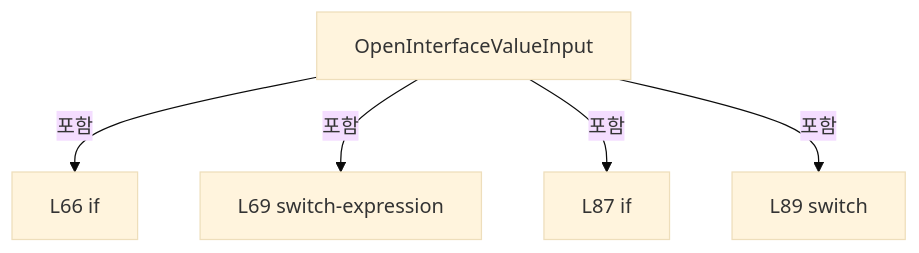
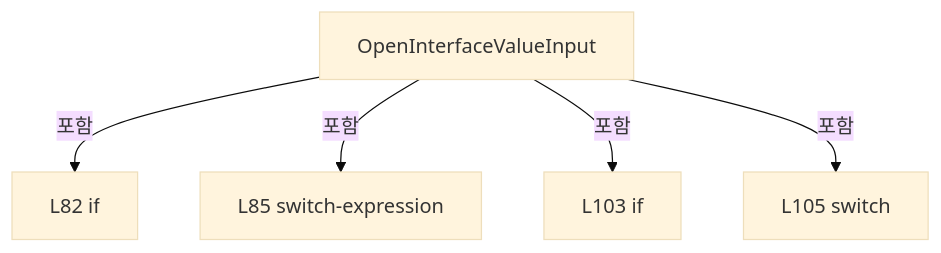
One commit to kjuws10-rgb/Shared changed the third of 3 diagrams in A3 LD Code Ref/files/Drilling.UI/Views/CSettingView.xaml.cs.md. Above: the diagram before and after it, drawn with Mermaid (base theme). The commit also changed other lines of this file and 1984 other files, not shown here.

Commit message:
docs(a3): update 11.17.0 architecture and complete code reference

````diff
--- a/A3 LD Code Ref/files/Drilling.UI/Views/CSettingView.xaml.cs.md
+++ b/A3 LD Code Ref/files/Drilling.UI/Views/CSettingView.xaml.cs.md
@@ -367,12 +386,12 @@
 ```mermaid
 flowchart TD
  M["OpenInterfaceValueInput"]
- N0["L66 if"]
+ N0["L82 if"]
  M -->|포함| N0
- N1["L69 switch-expression"]
+ N1["L85 switch-expression"]
  M -->|포함| N1
- N2["L87 if"]
+ N2["L103 if"]
  M -->|포함| N2
- N3["L89 switch"]
+ N3["L105 switch"]
  M -->|포함| N3
 ```
````
